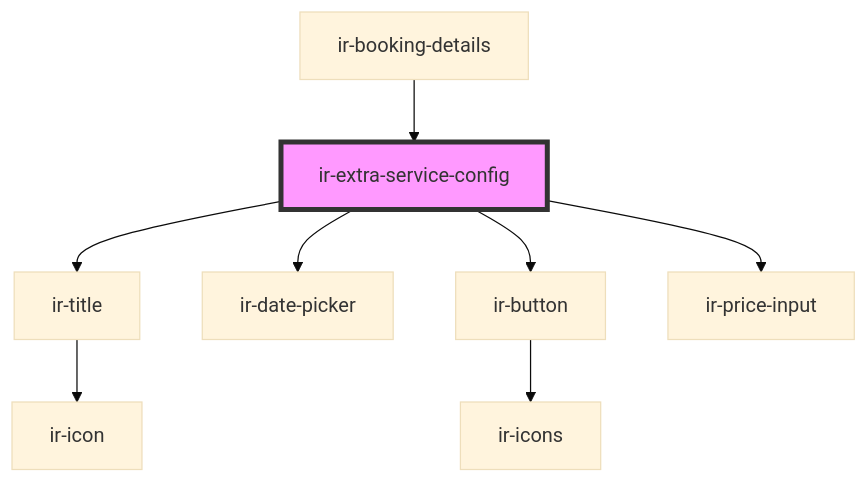
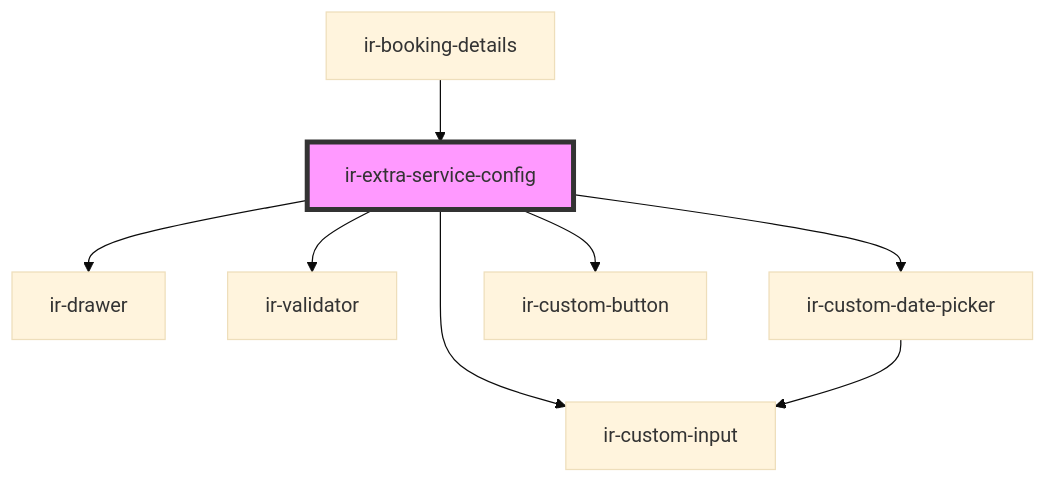
The diagram in src/components/ir-booking-details/ir-extra-services/ir-extra-service-config/readme.md (David1Chowaifaty/modified-ir-webcmp), drawn with Mermaid (base theme) before and after one commit. The commit also changed other lines of this file and 69 other files, not shown here.

````diff
--- a/src/components/ir-booking-details/ir-extra-services/ir-extra-service-config/readme.md
+++ b/src/components/ir-booking-details/ir-extra-services/ir-extra-service-config/readme.md
@@ -38,11 +40,11 @@
 ```mermaid
 graph TD;
-  ir-extra-service-config --> ir-title
-  ir-extra-service-config --> ir-date-picker
-  ir-extra-service-config --> ir-button
-  ir-extra-service-config --> ir-price-input
-  ir-title --> ir-icon
-  ir-button --> ir-icons
+  ir-extra-service-config --> ir-drawer
+  ir-extra-service-config --> ir-validator
+  ir-extra-service-config --> ir-custom-date-picker
+  ir-extra-service-config --> ir-custom-input
+  ir-extra-service-config --> ir-custom-button
+  ir-custom-date-picker --> ir-custom-input
   ir-booking-details --> ir-extra-service-config
   style ir-extra-service-config fill:#f9f,stroke:#333,stroke-width:4px
 ```
````
